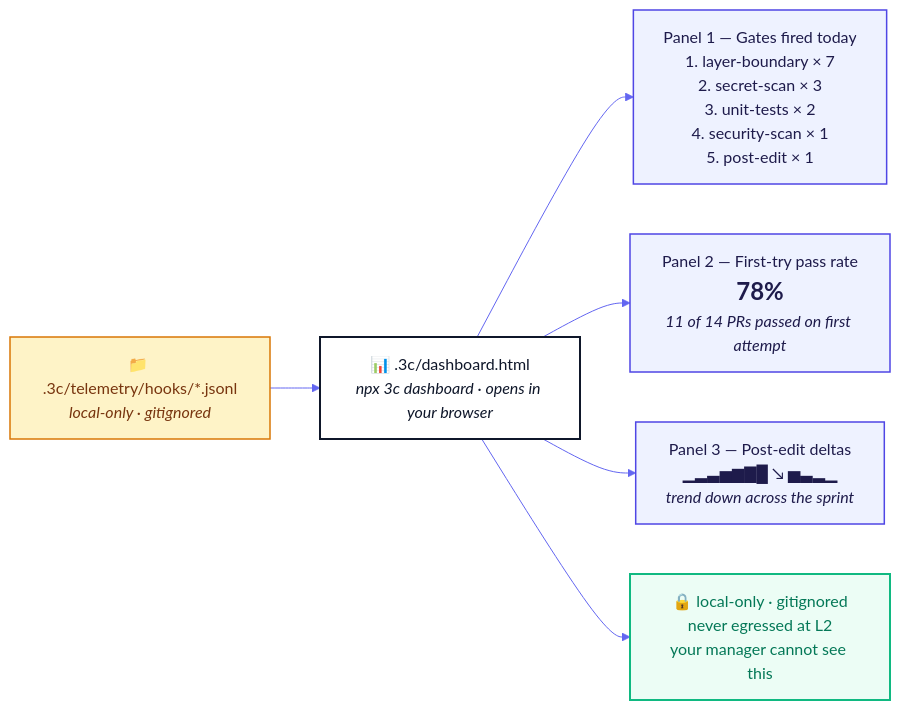
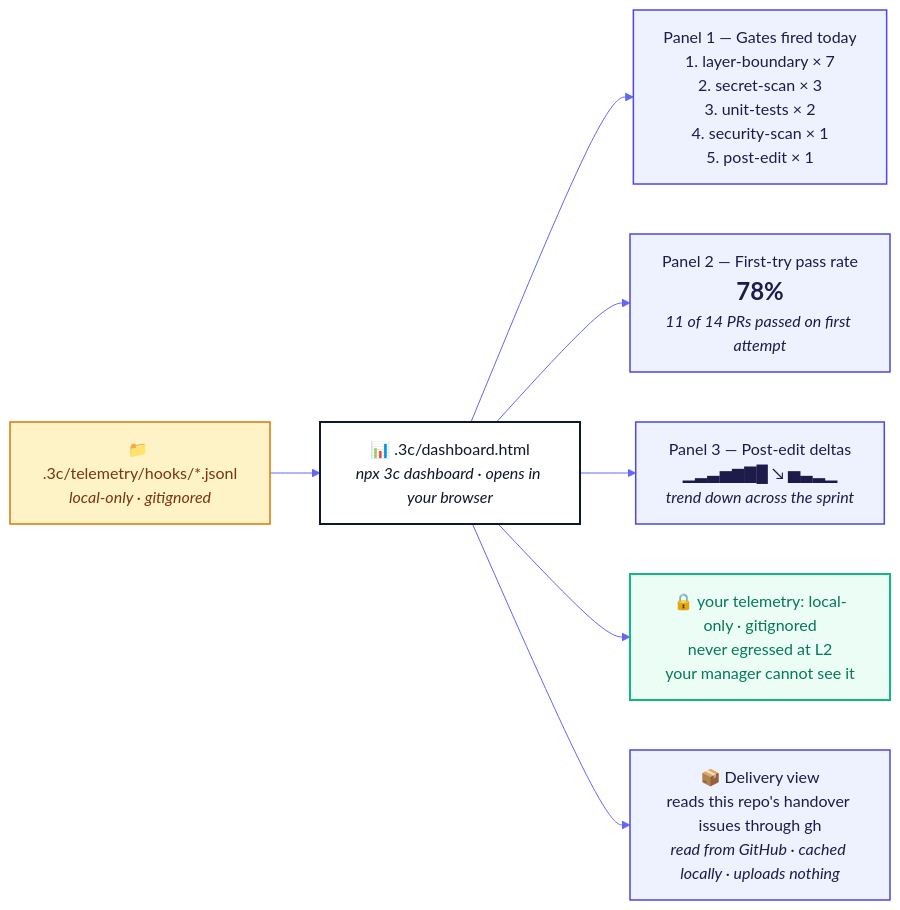
The diagram in infographic/diagrams/m-dashboard.mmd (kgn-git/3C), drawn with Mermaid before and after one commit. The commit also changed 47 other files, not shown here.

```diff
--- a/infographic/diagrams/m-dashboard.mmd
+++ b/infographic/diagrams/m-dashboard.mmd
@@ -1,28 +1,32 @@
 %%{init: {'theme':'base','themeVariables':{'primaryColor':'#EEF2FF','primaryTextColor':'#1E1B4B','primaryBorderColor':'#4F46E5','lineColor':'#6366F1','fontFamily':'Inter, sans-serif','fontSize':'16px'}}}%%
 flowchart LR
     SOURCE["📁 .3c/telemetry/hooks/*.jsonl<br/><i>local-only · gitignored</i>"]
 
     DASH["📊 .3c/dashboard.html<br/><i>npx 3c dashboard · opens in your browser</i>"]
 
     P1["Panel 1 — Gates fired today<br/>1. layer-boundary × 7<br/>2. secret-scan × 3<br/>3. unit-tests × 2<br/>4. security-scan × 1<br/>5. post-edit × 1"]
 
     P2["Panel 2 — First-try pass rate<br/><b style='font-size:24px'>78%</b><br/><i>11 of 14 PRs passed on first attempt</i>"]
 
     P3["Panel 3 — Post-edit deltas<br/>▁▂▃▅▆▇█ ↘ ▅▃▂▁<br/><i>trend down across the sprint</i>"]
 
-    PRIVACY["🔒 local-only · gitignored<br/>never egressed at L2<br/>your manager cannot see this"]
+    PRIVACY["🔒 your telemetry: local-only · gitignored<br/>never egressed at L2<br/>your manager cannot see it"]
+
+    DELIVERY["📦 Delivery view<br/>reads this repo's handover issues through gh<br/><i>read from GitHub · cached locally · uploads nothing</i>"]
 
     SOURCE --> DASH
     DASH --> P1
     DASH --> P2
     DASH --> P3
     DASH --> PRIVACY
+    DASH --> DELIVERY
 
     classDef source fill:#FEF3C7,stroke:#D97706,color:#78350F,stroke-width:1.5px
     classDef panel fill:#EEF2FF,stroke:#4F46E5,color:#1E1B4B,stroke-width:1.5px
     classDef host fill:#fff,stroke:#0F172A,color:#0F172A,stroke-width:2px
     classDef privacy fill:#ECFDF5,stroke:#10B981,color:#047857,stroke-width:2px
     class SOURCE source
     class DASH host
     class P1,P2,P3 panel
     class PRIVACY privacy
+    class DELIVERY panel
```
